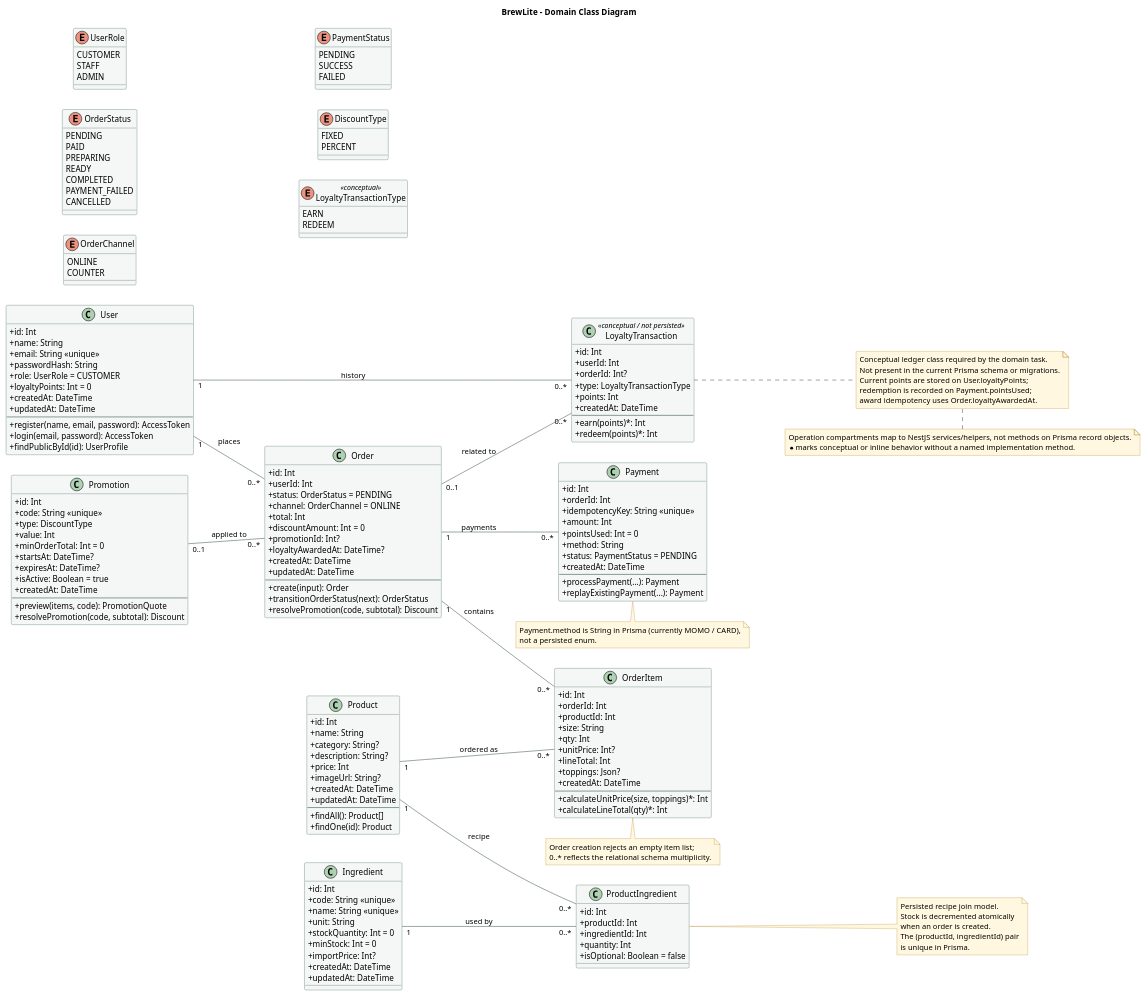
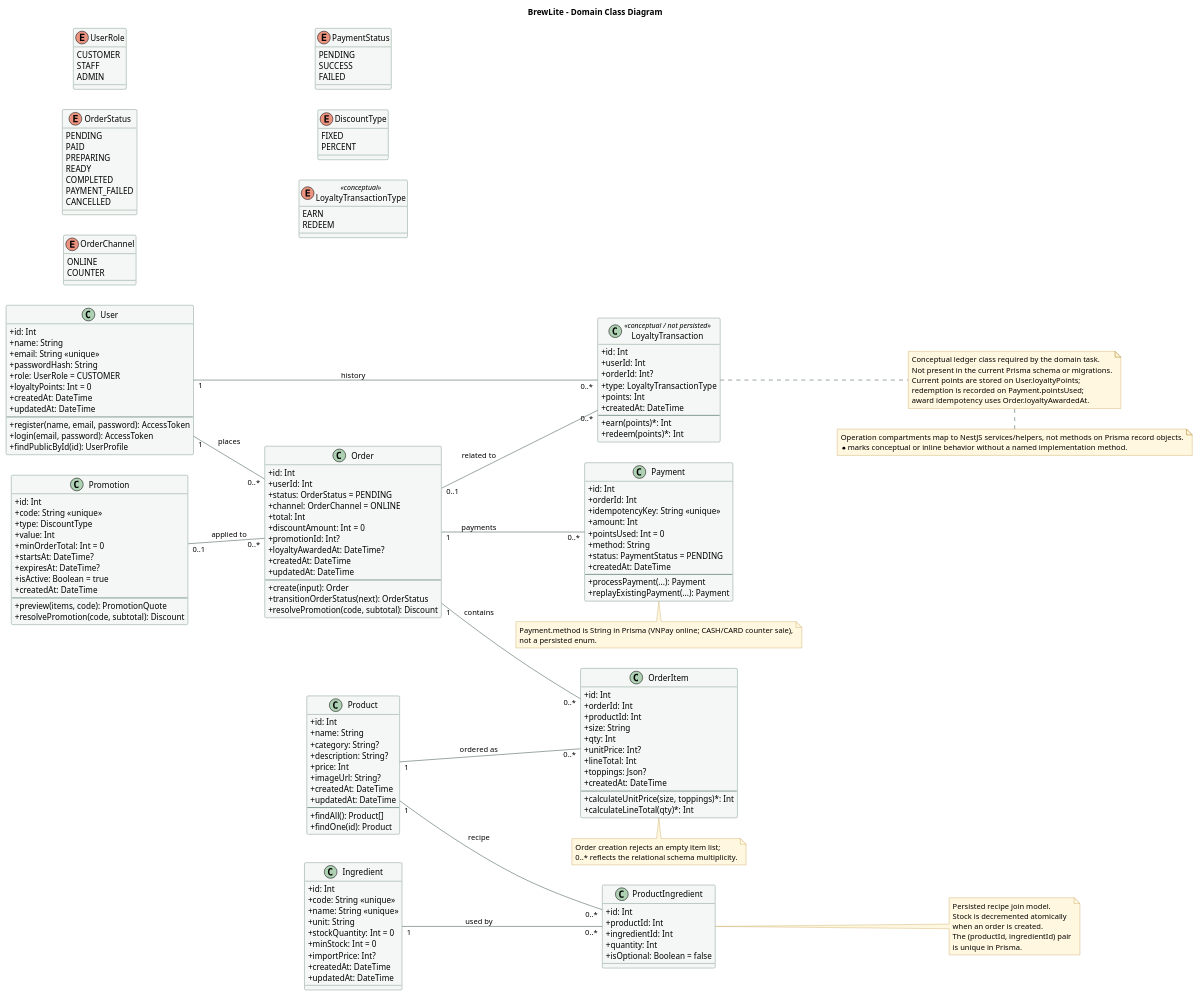
Before and after one commit to ncd426/BrewLite-2: the diagram in docs/diagrams/class-domain.puml, drawn with PlantUML. The commit also changed 14 other files, not shown here.

```diff
--- a/docs/diagrams/class-domain.puml
+++ b/docs/diagrams/class-domain.puml
@@ -210,7 +210,7 @@
 end note
 
 note bottom of Payment
-Payment.method is String in Prisma (currently MOMO / CARD),
+Payment.method is String in Prisma (VNPay online; CASH/CARD counter sale),
 not a persisted enum.
 end note
 @enduml
```
